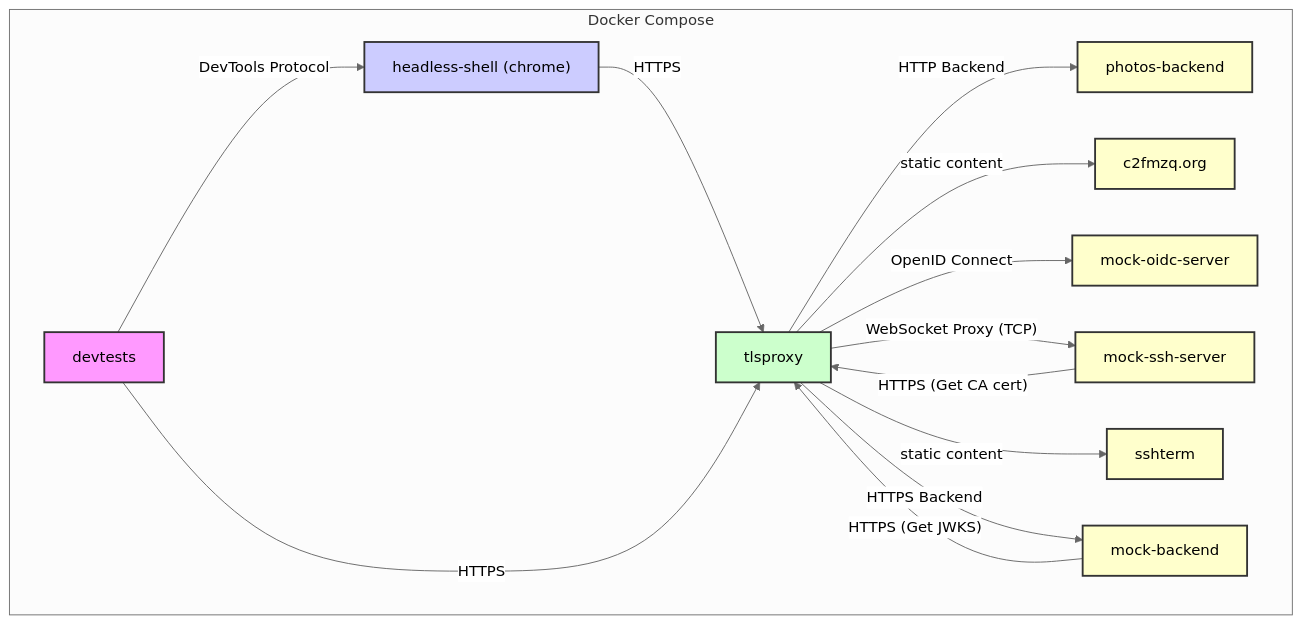
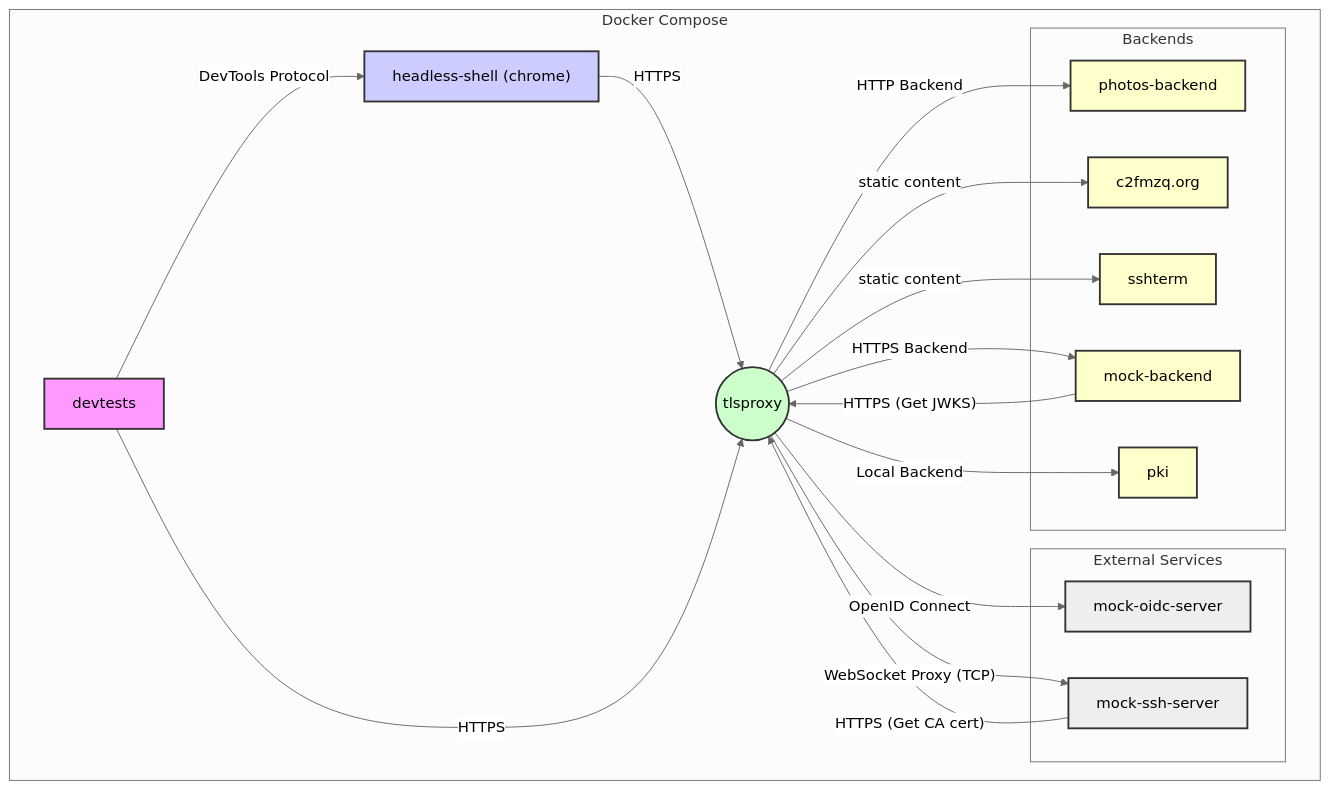
The diagram in README.md (c2FmZQ/integration-tests), drawn with Mermaid (neutral theme) before and after one commit.

Commit message:
Revise README with updated service diagram
Updated the diagram and service descriptions in the README.

````diff
--- a/README.md
+++ b/README.md
@@ -9,26 +9,43 @@
 ```mermaid
 graph TD
     subgraph "Docker Compose"
-        A[devtests] -->|DevTools Protocol| B["headless-shell (chrome)"];
-        B -->|HTTPS| C[tlsproxy];
-        A -->|HTTPS| C;
-        C -->|HTTP Backend| D[photos-backend];
-        C -->|static content| E[c2fmzq.org];
-        C -->|"OpenID Connect"| F[mock-oidc-server];
-        C -->|"WebSocket Proxy (TCP)"| G[mock-ssh-server];
-        G -->|"HTTPS (Get CA cert)"| C;
-        C -->|static content| H[sshterm];
-        C -->|HTTPS Backend| I[mock-backend];
-        I -->|"HTTPS (Get JWKS)"| C
+        A[devtests]
+        B["headless-shell (chrome)"];
+        P((tlsproxy));
+        subgraph "External Services"
+            S1[mock-oidc-server];
+            S2[mock-ssh-server];
+        end
+        subgraph "Backends"
+            B1[photos-backend];
+            B2[c2fmzq.org];
+            B3[sshterm];
+            B4[mock-backend];
+            B5[pki]
+        end
     end
 
+    A -->|DevTools Protocol| B;
+    B -->|HTTPS| P;
+    A -->|HTTPS| P;
+    P -->|"OpenID Connect"| S1;
+    P -->|"WebSocket Proxy (TCP)"| S2;
+    S2 -->|"HTTPS (Get CA cert)"| P;
+    P -->|HTTP Backend| B1;
+    P -->|static content| B2;
+    P -->|static content| B3;
+    P -->|HTTPS Backend| B4;
+    B4 -->|"HTTPS (Get JWKS)"| P
+    P -->|Local Backend| B5;
+
+    style S1 fill:#eee,stroke:#333,stroke-width:2px
+    style S2 fill:#eee,stroke:#333,stroke-width:2px
     style A fill:#f9f,stroke:#333,stroke-width:2px
     style B fill:#ccf,stroke:#333,stroke-width:2px
-    style C fill:#cfc,stroke:#333,stroke-width:2px
-    style D fill:#ffc,stroke:#333,stroke-width:2px
-    style E fill:#ffc,stroke:#333,stroke-width:2px
-    style F fill:#ffc,stroke:#333,stroke-width:2px
-    style G fill:#ffc,stroke:#333,stroke-width:2px
-    style H fill:#ffc,stroke:#333,stroke-width:2px
-    style I fill:#ffc,stroke:#333,stroke-width:2px
+    style P fill:#cfc,stroke:#333,stroke-width:2px
+    style B1 fill:#ffc,stroke:#333,stroke-width:2px
+    style B2 fill:#ffc,stroke:#333,stroke-width:2px
+    style B3 fill:#ffc,stroke:#333,stroke-width:2px
+    style B4 fill:#ffc,stroke:#333,stroke-width:2px
+    style B5 fill:#ffc,stroke:#333,stroke-width:2px
 ```
````
